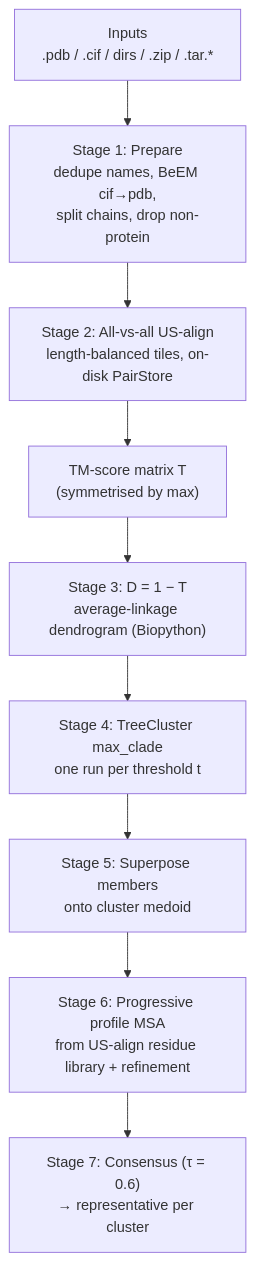
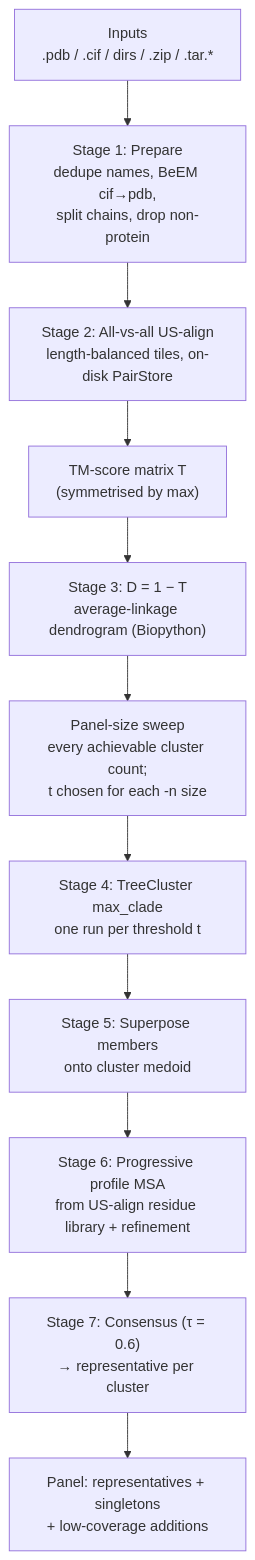
One commit to crfield18/ColabAlign changed the diagram in colabalign/MANUAL.md. Above: the diagram before and after it, drawn with Mermaid. The commit also changed other lines of this file and 8 other files, not shown here.

Commit message:
panel size cli version testing

````diff
--- a/colabalign/MANUAL.md
+++ b/colabalign/MANUAL.md
@@ -47,11 +48,13 @@
 ```mermaid
 flowchart TD
     A["Inputs<br/>.pdb / .cif / dirs / .zip / .tar.*"] --> B["Stage 1: Prepare<br/>dedupe names, BeEM cif→pdb,<br/>split chains, drop non-protein"]
     B --> C["Stage 2: All-vs-all US-align<br/>length-balanced tiles, on-disk PairStore"]
     C --> D["TM-score matrix T<br/>(symmetrised by max)"]
     D --> E["Stage 3: D = 1 − T<br/>average-linkage dendrogram (Biopython)"]
-    E --> F["Stage 4: TreeCluster max_clade<br/>one run per threshold t"]
+    E --> P["Panel-size sweep<br/>every achievable cluster count;<br/>t chosen for each -n size"]
+    P --> F["Stage 4: TreeCluster max_clade<br/>one run per threshold t"]
     F --> G["Stage 5: Superpose members<br/>onto cluster medoid"]
     G --> H["Stage 6: Progressive profile MSA<br/>from US-align residue library + refinement"]
     H --> I["Stage 7: Consensus (τ = 0.6)<br/>→ representative per cluster"]
+    I --> J["Panel: representatives + singletons<br/>+ low-coverage additions"]
 ```
````
